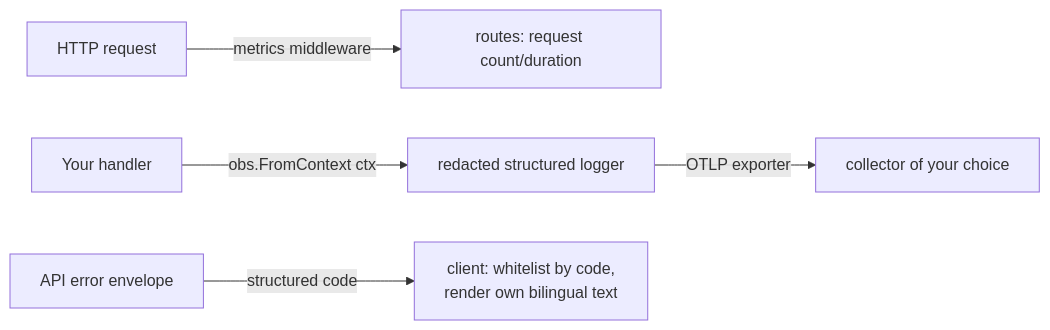
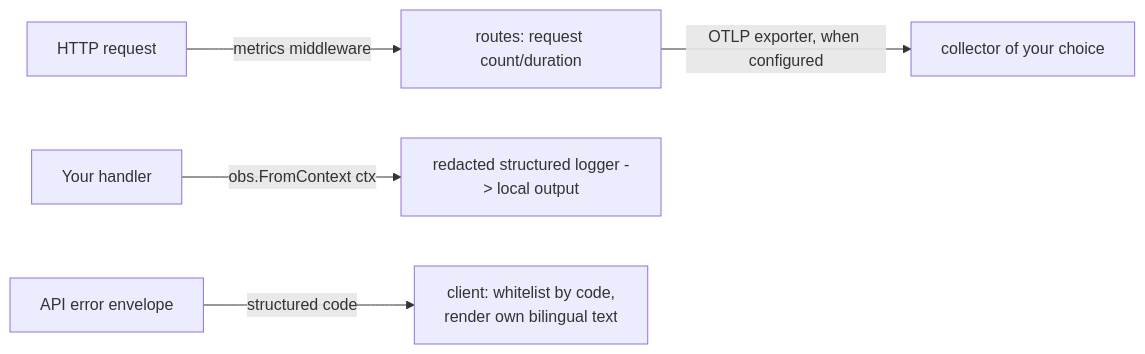
One commit to vislake/speed changed the diagram in docs/site/content.en/docs/user-guide/domains/observability-and-ops.md. Above: the diagram before and after it, drawn with Mermaid. The commit also changed other lines of this file and 49 other files, not shown here.

````diff
--- a/docs/site/content.en/docs/user-guide/domains/observability-and-ops.md
+++ b/docs/site/content.en/docs/user-guide/domains/observability-and-ops.md
@@ -16,7 +16,7 @@
 ```mermaid
 flowchart LR
     R[HTTP request] -->|metrics middleware| M[routes: request count/duration]
-    H[Your handler] -->|obs.FromContext ctx| L[redacted structured logger]
-    L -->|OTLP exporter| C[collector of your choice]
+    H[Your handler] -->|obs.FromContext ctx| L[redacted structured logger -> local output]
+    M -->|OTLP exporter, when configured| C[collector of your choice]
     E[API error envelope] -->|structured code| X[client: whitelist by code,\nrender own bilingual text]
 ```
````
